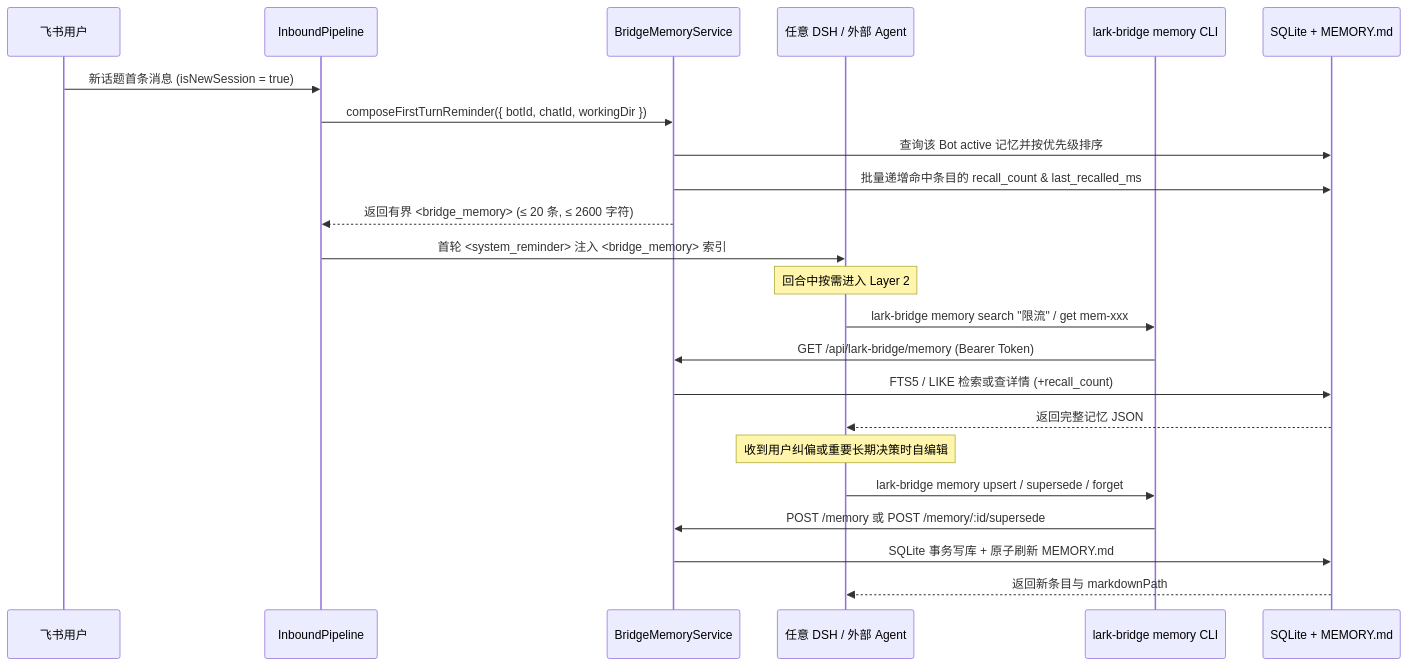
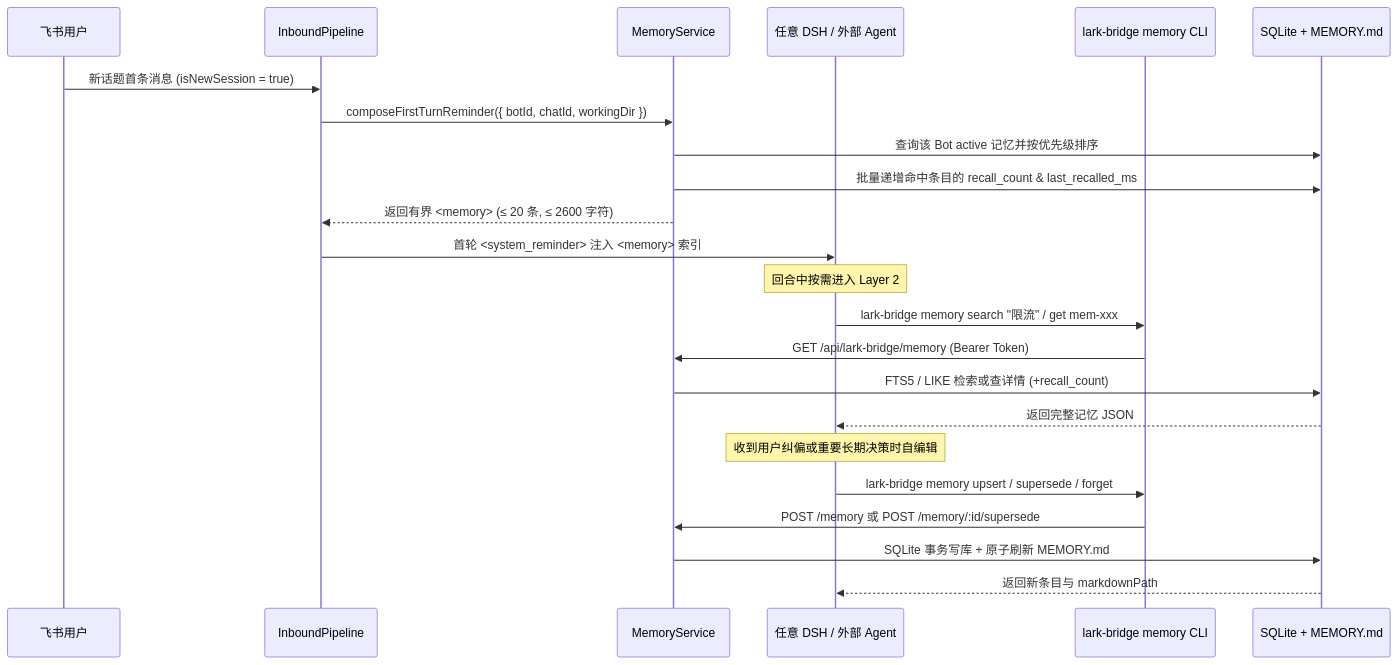
The fourth of 5 diagrams in docs/architecture/memory-and-dreaming.md (harryzhz/dsh-lark-bridge), drawn with Mermaid before and after one commit. The commit also changed other lines of this file and 21 other files, not shown here.

Commit message:
refactor(memory): unify naming from Bridge Memory to Memory across code, UI, and docs

````diff
--- a/docs/architecture/memory-and-dreaming.md
+++ b/docs/architecture/memory-and-dreaming.md
@@ -194,28 +194,28 @@
 ```mermaid
 sequenceDiagram
     participant U as 飞书用户
     participant Pipe as InboundPipeline
-    participant Mem as BridgeMemoryService
+    participant Mem as MemoryService
     participant Agent as 任意 DSH / 外部 Agent
     participant CLI as lark-bridge memory CLI
     participant DB as SQLite + MEMORY.md
 
     U->>Pipe: 新话题首条消息 (isNewSession = true)
     Pipe->>Mem: composeFirstTurnReminder({ botId, chatId, workingDir })
     Mem->>DB: 查询该 Bot active 记忆并按优先级排序
     Mem->>DB: 批量递增命中条目的 recall_count & last_recalled_ms
-    Mem-->>Pipe: 返回有界 <bridge_memory> (≤ 20 条, ≤ 2600 字符)
-    Pipe->>Agent: 首轮 <system_reminder> 注入 <bridge_memory> 索引
+    Mem-->>Pipe: 返回有界 <memory> (≤ 20 条, ≤ 2600 字符)
+    Pipe->>Agent: 首轮 <system_reminder> 注入 <memory> 索引
 
     Note over Agent: 回合中按需进入 Layer 2
     Agent->>CLI: lark-bridge memory search "限流" / get mem-xxx
     CLI->>Mem: GET /api/lark-bridge/memory (Bearer Token)
     Mem->>DB: FTS5 / LIKE 检索或查详情 (+recall_count)
     DB-->>Agent: 返回完整记忆 JSON
 
     Note over Agent: 收到用户纠偏或重要长期决策时自编辑
     Agent->>CLI: lark-bridge memory upsert / supersede / forget
     CLI->>Mem: POST /memory 或 POST /memory/:id/supersede
     Mem->>DB: SQLite 事务写库 + 原子刷新 MEMORY.md
     DB-->>Agent: 返回新条目与 markdownPath
 ```
````
